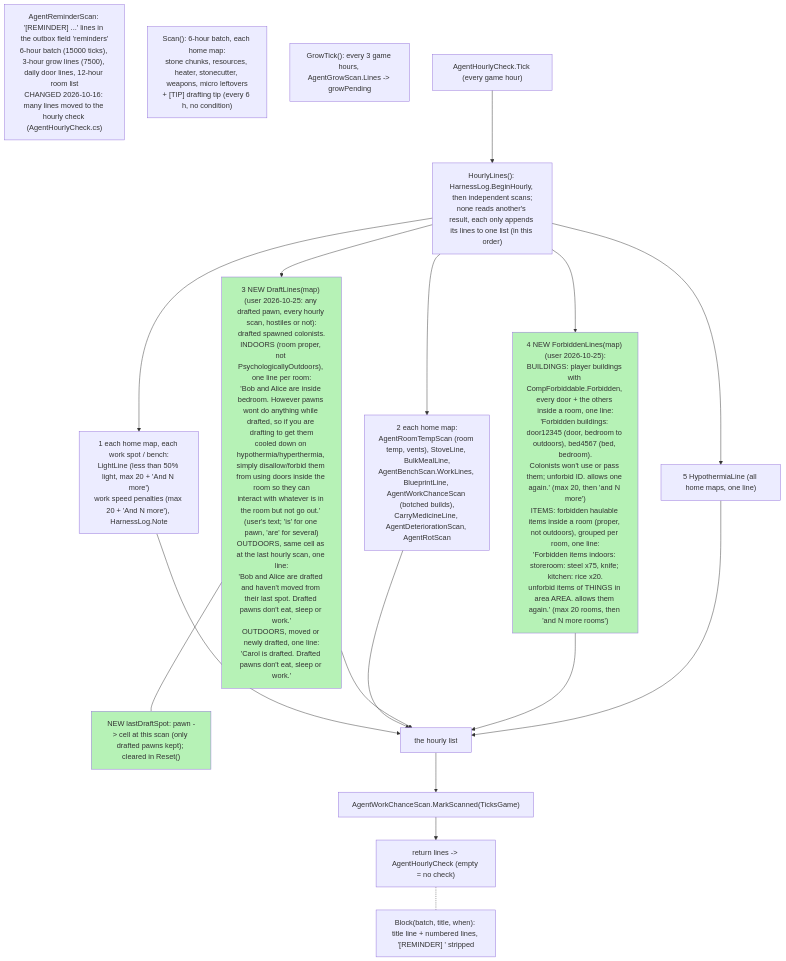
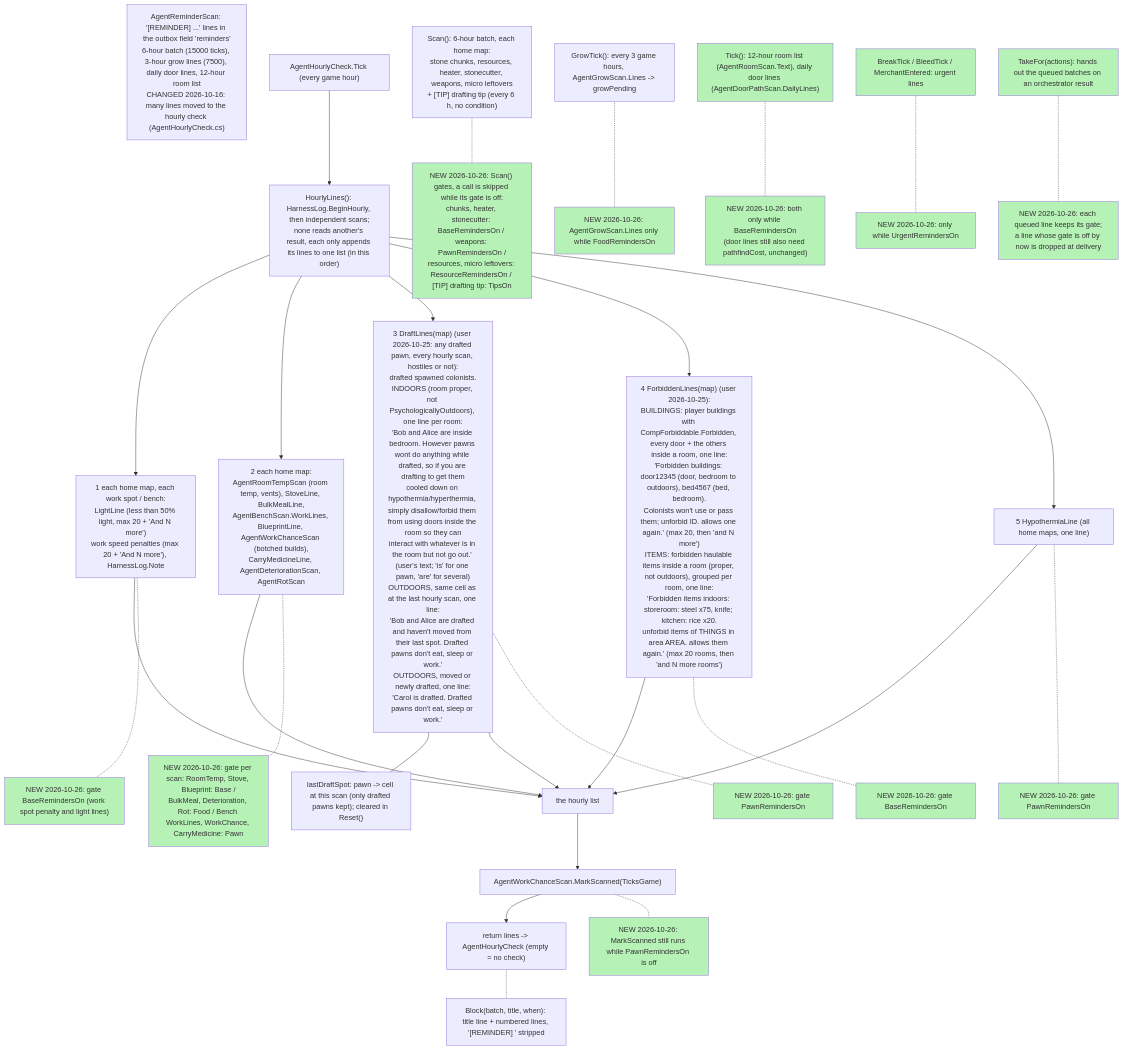
The diagram in AgentReminderScan.cs.mmd (dongk99/VerbalCommandsCSharpSource), drawn with Mermaid before and after one commit. The commit also changed 63 other files, not shown here.

First line of the commit message:
Add on/off gates for tips, reminders, placement checks and build advice

```diff
--- a/AgentReminderScan.cs.mmd
+++ b/AgentReminderScan.cs.mmd
@@ -1,23 +1,34 @@
 flowchart TD
   why["AgentReminderScan: '[REMINDER] ...' lines in the outbox field 'reminders'<br/>6-hour batch (15000 ticks), 3-hour grow lines (7500), daily door lines, 12-hour room list<br/>CHANGED 2026-10-16: many lines moved to the hourly check (AgentHourlyCheck.cs)"]
   six["Scan(): 6-hour batch, each home map:<br/>stone chunks, resources, heater, stonecutter, weapons, micro leftovers<br/>+ [TIP] drafting tip (every 6 h, no condition)"]
   grow["GrowTick(): every 3 game hours, AgentGrowScan.Lines -> growPending"]
   hc["AgentHourlyCheck.Tick (every game hour)"] --> hl["HourlyLines(): HarnessLog.BeginHourly, then independent scans;<br/>none reads another's result, each only appends its lines to one list (in this order)"]
   hl --> ws["1 each home map, each work spot / bench:<br/>LightLine (less than 50% light, max 20 + 'And N more')<br/>work speed penalties (max 20 + 'And N more'), HarnessLog.Note"]
   hl --> per["2 each home map:<br/>AgentRoomTempScan (room temp, vents), StoveLine, BulkMealLine,<br/>AgentBenchScan.WorkLines, BlueprintLine, AgentWorkChanceScan (botched builds),<br/>CarryMedicineLine, AgentDeteriorationScan, AgentRotScan"]
-  hl --> dw["3 NEW DraftLines(map) (user 2026-10-25: any drafted pawn, every hourly scan, hostiles or not):<br/>drafted spawned colonists.<br/>INDOORS (room proper, not PsychologicallyOutdoors), one line per room:<br/>'Bob and Alice are inside bedroom. However pawns wont do anything while drafted, so if you are drafting to get them<br/>cooled down on hypothermia/hyperthermia, simply disallow/forbid them from using doors inside the room so they can<br/>interact with whatever is in the room but not go out.' (user's text; 'is' for one pawn, 'are' for several)<br/>OUTDOORS, same cell as at the last hourly scan, one line:<br/>'Bob and Alice are drafted and haven't moved from their last spot. Drafted pawns don't eat, sleep or work.'<br/>OUTDOORS, moved or newly drafted, one line:<br/>'Carol is drafted. Drafted pawns don't eat, sleep or work.'"]
-  dw --- spots["NEW lastDraftSpot: pawn -> cell at this scan (only drafted pawns kept); cleared in Reset()"]
-  hl --> fb["4 NEW ForbiddenLines(map) (user 2026-10-25):<br/>BUILDINGS: player buildings with CompForbiddable.Forbidden, every door + the others inside a room, one line:<br/>'Forbidden buildings: door12345 (door, bedroom to outdoors), bed4567 (bed, bedroom).<br/>Colonists won't use or pass them; unforbid ID. allows one again.' (max 20, then 'and N more')<br/>ITEMS: forbidden haulable items inside a room (proper, not outdoors), grouped per room, one line:<br/>'Forbidden items indoors: storeroom: steel x75, knife; kitchen: rice x20.<br/>unforbid items of THINGS in area AREA. allows them again.' (max 20 rooms, then 'and N more rooms')"]
+  hl --> dw["3 DraftLines(map) (user 2026-10-25: any drafted pawn, every hourly scan, hostiles or not):<br/>drafted spawned colonists.<br/>INDOORS (room proper, not PsychologicallyOutdoors), one line per room:<br/>'Bob and Alice are inside bedroom. However pawns wont do anything while drafted, so if you are drafting to get them<br/>cooled down on hypothermia/hyperthermia, simply disallow/forbid them from using doors inside the room so they can<br/>interact with whatever is in the room but not go out.' (user's text; 'is' for one pawn, 'are' for several)<br/>OUTDOORS, same cell as at the last hourly scan, one line:<br/>'Bob and Alice are drafted and haven't moved from their last spot. Drafted pawns don't eat, sleep or work.'<br/>OUTDOORS, moved or newly drafted, one line:<br/>'Carol is drafted. Drafted pawns don't eat, sleep or work.'"]
+  dw --- spots["lastDraftSpot: pawn -> cell at this scan (only drafted pawns kept); cleared in Reset()"]
+  hl --> fb["4 ForbiddenLines(map) (user 2026-10-25):<br/>BUILDINGS: player buildings with CompForbiddable.Forbidden, every door + the others inside a room, one line:<br/>'Forbidden buildings: door12345 (door, bedroom to outdoors), bed4567 (bed, bedroom).<br/>Colonists won't use or pass them; unforbid ID. allows one again.' (max 20, then 'and N more')<br/>ITEMS: forbidden haulable items inside a room (proper, not outdoors), grouped per room, one line:<br/>'Forbidden items indoors: storeroom: steel x75, knife; kitchen: rice x20.<br/>unforbid items of THINGS in area AREA. allows them again.' (max 20 rooms, then 'and N more rooms')"]
   hl --> hypo["5 HypothermiaLine (all home maps, one line)"]
   ws --> lst["the hourly list"]
   per --> lst
   dw --> lst
   fb --> lst
   hypo --> lst
   lst --> ms["AgentWorkChanceScan.MarkScanned(TicksGame)"]
   ms --> back["return lines -> AgentHourlyCheck (empty = no check)"]
   blk["Block(batch, title, when): title line + numbered lines, '[REMINDER] ' stripped"]
   back -.- blk
-  class dw,spots,fb new
+  six -.- g6["NEW 2026-10-26: Scan() gates, a call is skipped while its gate is off:<br/>chunks, heater, stonecutter: BaseRemindersOn / weapons: PawnRemindersOn /<br/>resources, micro leftovers: ResourceRemindersOn / [TIP] drafting tip: TipsOn"]
+  grow -.- gg["NEW 2026-10-26: AgentGrowScan.Lines only while FoodRemindersOn"]
+  tk["Tick(): 12-hour room list (AgentRoomScan.Text), daily door lines (AgentDoorPathScan.DailyLines)"] -.- gt["NEW 2026-10-26: both only while BaseRemindersOn<br/>(door lines still also need pathfindCost, unchanged)"]
+  ur["BreakTick / BleedTick / MerchantEntered: urgent lines"] -.- gu["NEW 2026-10-26: only while UrgentRemindersOn"]
+  tf["TakeFor(actions): hands out the queued batches on an orchestrator result"] -.- gd["NEW 2026-10-26: each queued line keeps its gate;<br/>a line whose gate is off by now is dropped at delivery"]
+  ws -.- gws["NEW 2026-10-26: gate BaseRemindersOn (work spot penalty and light lines)"]
+  per -.- gper["NEW 2026-10-26: gate per scan: RoomTemp, Stove, Blueprint: Base /<br/>BulkMeal, Deterioration, Rot: Food / Bench WorkLines, WorkChance, CarryMedicine: Pawn"]
+  dw -.- gdw["NEW 2026-10-26: gate PawnRemindersOn"]
+  fb -.- gfb["NEW 2026-10-26: gate BaseRemindersOn"]
+  hypo -.- ghy["NEW 2026-10-26: gate PawnRemindersOn"]
+  ms -.- gms["NEW 2026-10-26: MarkScanned still runs while PawnRemindersOn is off"]
+  class g6,gg,tk,gt,ur,gu,tf,gd,gws,gper,gdw,gfb,ghy,gms new
   classDef new fill:#b6f2b6
   classDef removed fill:#f7b6b6,stroke-dasharray:6 4
```
